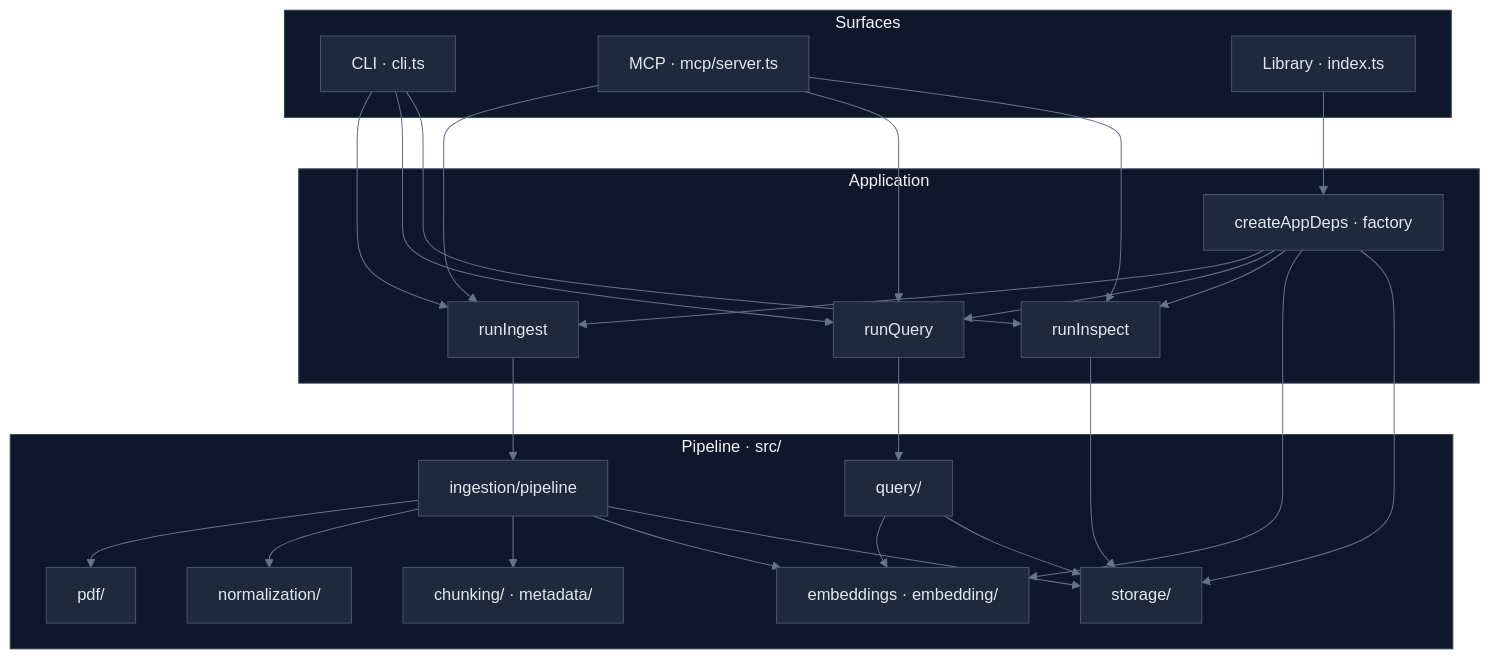
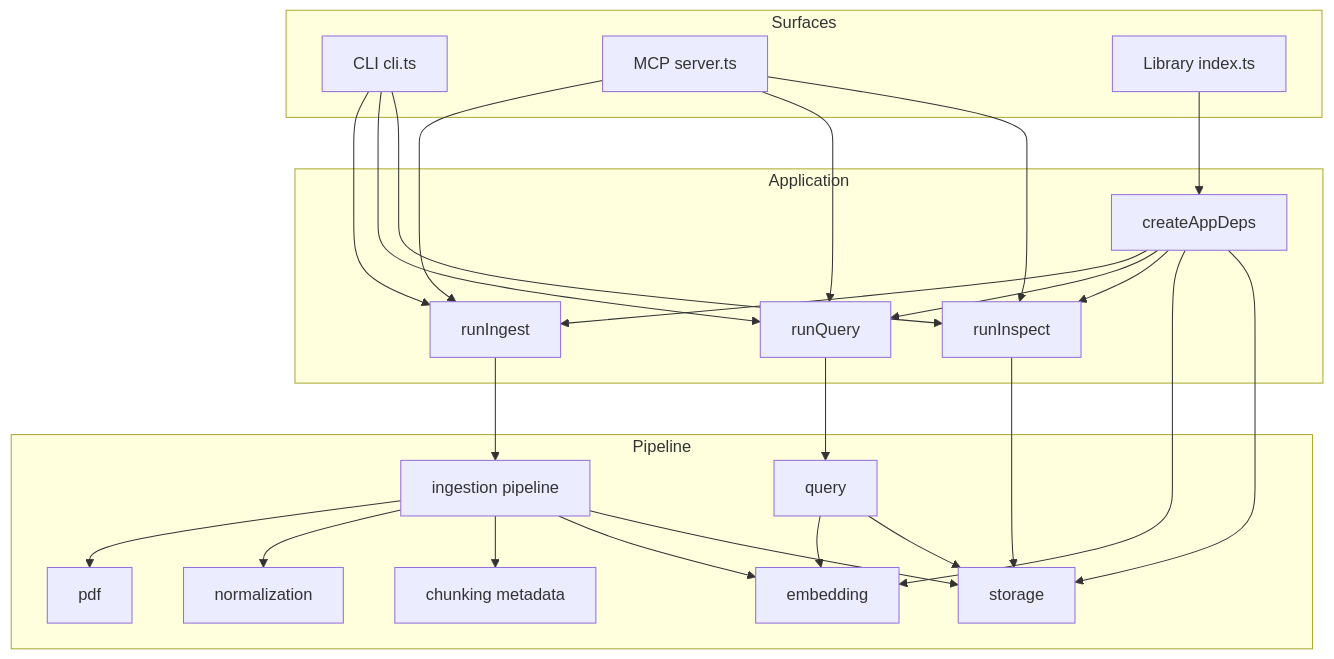
The first of 2 diagrams in README.md (mayad123/pdfToRagAI), drawn with Mermaid before and after one commit. The commit also changed other lines of this file and 66 other files, not shown here.

First line of the commit message:
feat: Phase 7 portfolio artifacts, CI/publish, stable README mermaid

````diff
--- a/README.md
+++ b/README.md
@@ -58,60 +68,45 @@
 ```mermaid
-%%{init: {'theme': 'base', 'themeVariables': {
-  'background': '#0f1419',
-  'primaryColor': '#1e293b',
-  'primaryTextColor': '#e2e8f0',
-  'primaryBorderColor': '#334155',
-  'secondaryColor': '#0c1222',
-  'tertiaryColor': '#020617',
-  'lineColor': '#64748b',
-  'textColor': '#cbd5e1',
-  'mainBkg': '#1e293b',
-  'nodeBorder': '#475569',
-  'clusterBkg': '#0f172a',
-  'clusterBorder': '#334155',
-  'titleColor': '#f1f5f9'
-}}}%%
 flowchart TB
-  subgraph surfaces ["Surfaces"]
-    CLI["CLI · cli.ts"]
-    MCP["MCP · mcp/server.ts"]
-    LIB["Library · index.ts"]
+  subgraph Surfaces
+    CLI[CLI cli.ts]
+    MCP[MCP server.ts]
+    LIB[Library index.ts]
   end
-  subgraph app ["Application"]
-    F["createAppDeps · factory"]
-    RI["runIngest"]
-    RQ["runQuery"]
-    RS["runInspect"]
+  subgraph Application
+    F[createAppDeps]
+    RI[runIngest]
+    RQ[runQuery]
+    RS[runInspect]
   end
-  subgraph pipe ["Pipeline · src/"]
-    PDF["pdf/"]
-    NORM["normalization/"]
-    CHUNK["chunking/ · metadata/"]
-    INGP["ingestion/pipeline"]
-    EMB["embeddings · embedding/"]
-    STO["storage/"]
-    QRY["query/"]
+  subgraph Pipeline
+    PDF[pdf]
+    NORM[normalization]
+    CHUNK[chunking metadata]
+    INGP[ingestion pipeline]
+    EMB[embedding]
+    STO[storage]
+    QRY[query]
   end
   CLI --> RI
   CLI --> RQ
   CLI --> RS
   MCP --> RI
   MCP --> RQ
   MCP --> RS
   LIB --> F
   F --> RI
   F --> RQ
   F --> RS
   F --> EMB
   F --> STO
   RI --> INGP
   RQ --> QRY
   RS --> STO
   INGP --> PDF
   INGP --> NORM
   INGP --> CHUNK
   INGP --> EMB
   INGP --> STO
   QRY --> EMB
   QRY --> STO
 ```
````
